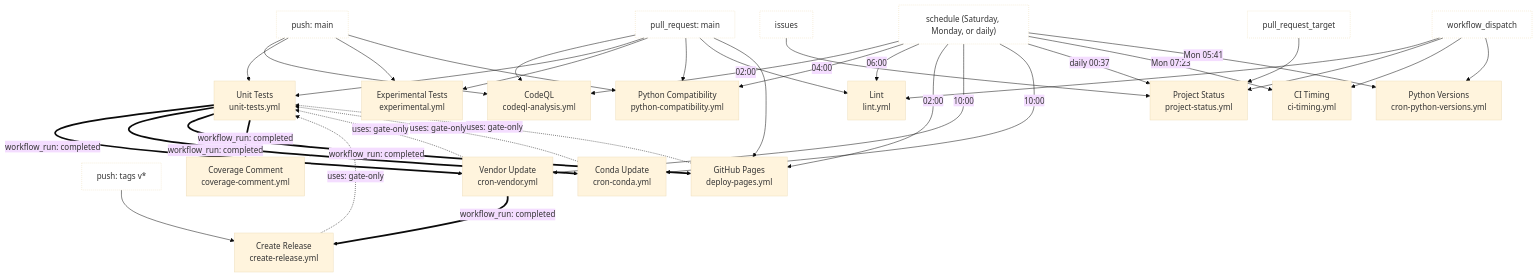
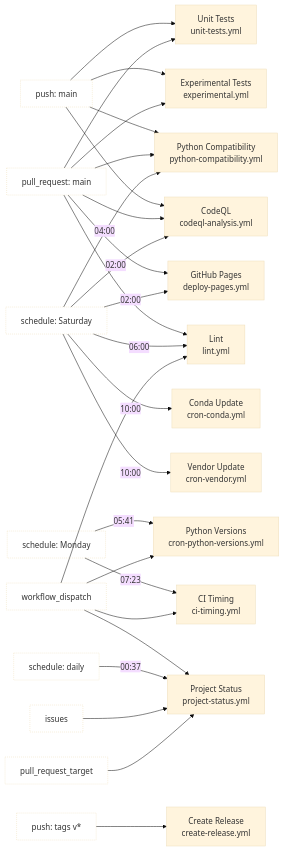
Before and after one commit to JarryShaw/PyPCAPKit: the first of 3 diagrams in docs/source/contributing/workflows.rst, drawn with Mermaid (base theme). The commit also changed other lines of this file and 12 other files, not shown here.

First line of the commit message:
docs: make the mermaid diagrams readable

```diff
--- a/docs/source/contributing/workflows.rst
+++ b/docs/source/contributing/workflows.rst
@@ -137,75 +139,66 @@
 .. mermaid::
 
-   flowchart TD
+   flowchart LR
        PUSH["push: main"]
        PR["pull_request: main"]
-       TAG["push: tags v*"]
-       SCHED["schedule (Saturday, Monday, or daily)"]
+       SAT["schedule: Saturday"]
+       MON["schedule: Monday"]
+       DISPATCH["workflow_dispatch"]
+       DAILY["schedule: daily"]
        ISSUES["issues"]
        PRT["pull_request_target"]
-       DISPATCH["workflow_dispatch"]
+       TAG["push: tags v*"]
 
-       CQ["CodeQL<br/>codeql-analysis.yml"]
        UT["Unit Tests<br/>unit-tests.yml"]
        EX["Experimental Tests<br/>experimental.yml"]
        PC["Python Compatibility<br/>python-compatibility.yml"]
+       CQ["CodeQL<br/>codeql-analysis.yml"]
+       GP["GitHub Pages<br/>deploy-pages.yml"]
+       CU["Conda Update<br/>cron-conda.yml"]
        LT["Lint<br/>lint.yml"]
        VU["Vendor Update<br/>cron-vendor.yml"]
-       CU["Conda Update<br/>cron-conda.yml"]
-       GP["GitHub Pages<br/>deploy-pages.yml"]
+       PV["Python Versions<br/>cron-python-versions.yml"]
+       CT["CI Timing<br/>ci-timing.yml"]
+       PS["Project Status<br/>project-status.yml"]
        CR["Create Release<br/>create-release.yml"]
-       PS["Project Status<br/>project-status.yml"]
-       CC["Coverage Comment<br/>coverage-comment.yml"]
-       CT["CI Timing<br/>ci-timing.yml"]
-       PV["Python Versions<br/>cron-python-versions.yml"]
-
-       PUSH --> CQ
-       PR --> CQ
-       SCHED -->|02:00| CQ
 
        PUSH --> UT
        PR --> UT
 
        PUSH --> EX
        PR --> EX
 
        PUSH --> PC
        PR --> PC
-       SCHED -->|04:00| PC
+       SAT -->|04:00| PC
+
+       PUSH --> CQ
+       PR --> CQ
+       SAT -->|02:00| CQ
+
+       PR --> GP
+       SAT -->|02:00| GP
+
+       SAT -->|10:00| CU
 
        PR --> LT
-       SCHED -->|06:00| LT
+       SAT -->|06:00| LT
        DISPATCH --> LT
 
-       PR --> GP
-       SCHED -->|02:00| GP
+       SAT -->|10:00| VU
 
-       SCHED -->|10:00| VU
-       SCHED -->|10:00| CU
+       MON -->|05:41| PV
+       DISPATCH --> PV
+
+       MON -->|07:23| CT
+       DISPATCH --> CT
+
+       DISPATCH --> PS
+       DAILY -->|00:37| PS
+       ISSUES --> PS
+       PRT --> PS
 
        TAG --> CR
 
-       ISSUES --> PS
-       PRT --> PS
-       SCHED -->|daily 00:37| PS
-       DISPATCH --> PS
-
-       SCHED -->|Mon 07:23| CT
-       DISPATCH --> CT
-
-       SCHED -->|Mon 05:41| PV
-       DISPATCH --> PV
-
-       UT ==>|workflow_run: completed| VU
-       UT ==>|workflow_run: completed| CU
-       UT ==>|workflow_run: completed| GP
-       VU ==>|workflow_run: completed| CR
-       UT ==>|workflow_run: completed| CC
-
-       VU -.->|uses: gate-only| UT
-       CU -.->|uses: gate-only| UT
-       GP -.->|uses: gate-only| UT
-       CR -.->|uses: gate-only| UT
-
        classDef trig fill:none,stroke-dasharray:2 2
-       class PUSH,PR,TAG,SCHED,DISPATCH,ISSUES,PRT trig
+       class PUSH,PR,SAT,MON,DISPATCH,DAILY,ISSUES,PRT,TAG trig
```
